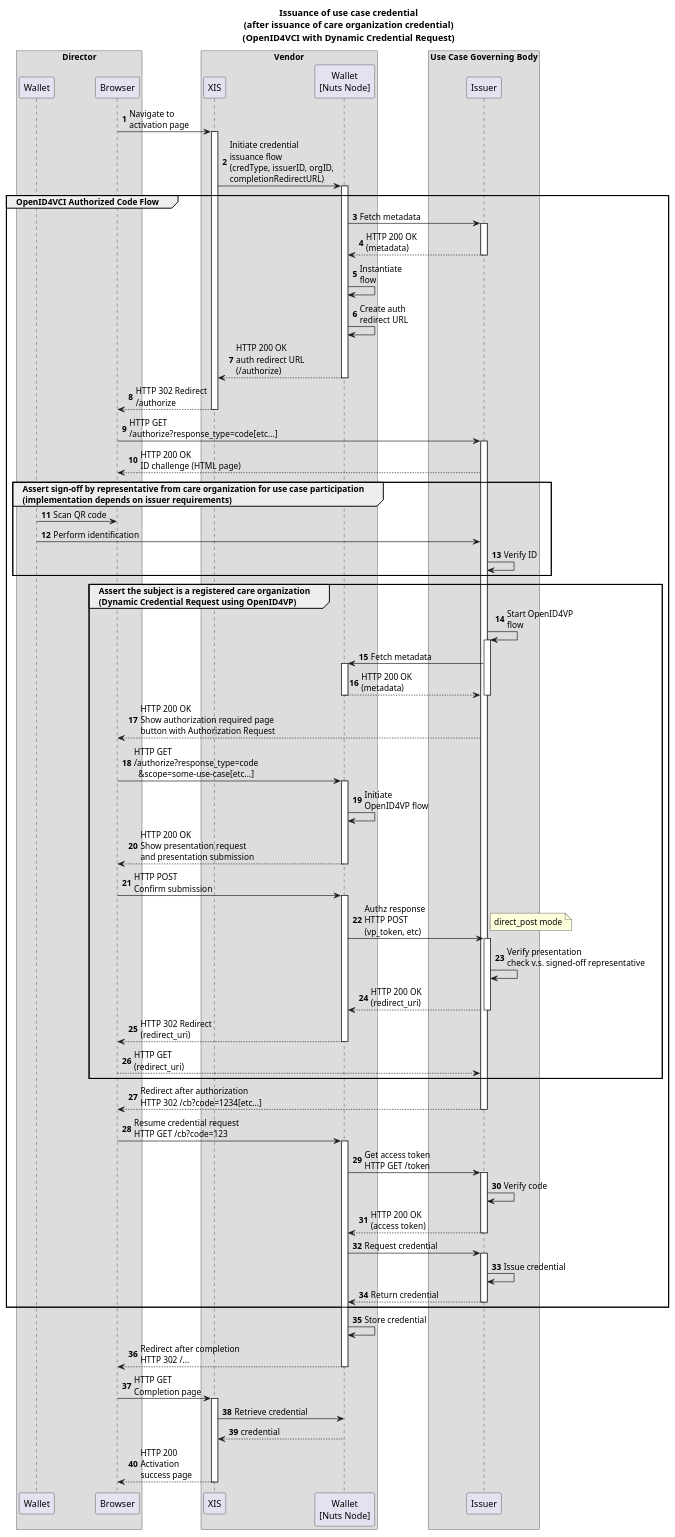
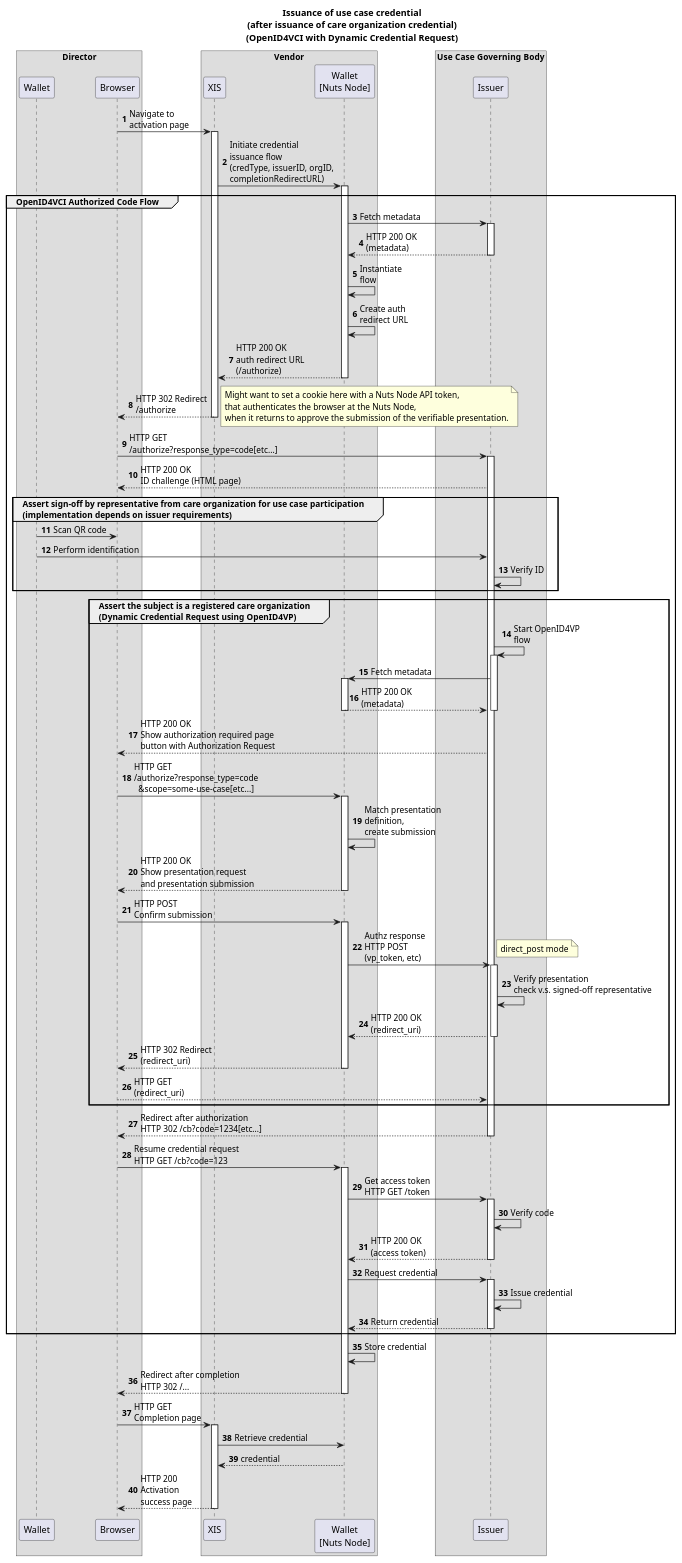
Before and after one commit to nuts-foundation/nuts-node: the diagram in docs/diagrams/openid4vc/stelsel-issuance-sd.puml, drawn with PlantUML. The commit also changed 1 other file, not shown here.

```diff
--- a/docs/diagrams/openid4vc/stelsel-issuance-sd.puml
+++ b/docs/diagrams/openid4vc/stelsel-issuance-sd.puml
@@ -1,95 +1,100 @@
 @startuml
 autonumber
 
 title Issuance of use case credential\n(after issuance of care organization credential)\n(OpenID4VCI with Dynamic Credential Request)
 
 box Director
     participant Wallet
     participant Browser
 end box
 box Vendor
     participant XIS
     participant Node as "Wallet\n[Nuts Node]"
 end box
 box Use Case Governing  Body
     participant Issuer as "Issuer"
 end box
 
 Browser -> XIS : Navigate to\nactivation page
 activate XIS
     XIS -> Node : Initiate credential\nissuance flow\n(credType, issuerID, orgID,\ncompletionRedirectURL)
     activate Node
 group OpenID4VCI Authorized Code Flow
         Node -> Issuer : Fetch metadata
         activate Issuer
             Issuer --> Node : HTTP 200 OK\n(metadata)
         deactivate Issuer
         Node -> Node : Instantiate\nflow
         Node -> Node : Create auth\nredirect URL
         Node --> XIS : HTTP 200 OK\nauth redirect URL\n(/authorize)
     deactivate Node
     XIS --> Browser : HTTP 302 Redirect\n/authorize
+    note right
+        Might want to set a cookie here with a Nuts Node API token,
+        that authenticates the browser at the Nuts Node,
+        when it returns to approve the submission of the verifiable presentation.
+    end note
 deactivate XIS
 
 Browser -> Issuer : HTTP GET\n/authorize?response_type=code[etc...]
 activate Issuer
     Issuer --> Browser : HTTP 200 OK\nID challenge (HTML page)
     group Assert sign-off by representative from care organization for use case participation\n(implementation depends on issuer requirements)
         Wallet -> Browser : Scan QR code
         Wallet -> Issuer : Perform identification
         Issuer -> Issuer : Verify ID
     end
 
     group Assert the subject is a registered care organization\n(Dynamic Credential Request using OpenID4VP)
         Issuer -> Issuer : Start OpenID4VP\nflow
         activate Issuer
             Issuer -> Node : Fetch metadata
             activate Node
                 Node --> Issuer : HTTP 200 OK\n(metadata)
             deactivate Node
         deactivate Issuer
         Issuer --> Browser : HTTP 200 OK\nShow authorization required page\nbutton with Authorization Request
         Browser -> Node : HTTP GET\n/authorize?response_type=code\n  &scope=some-use-case[etc...]
         activate Node
-            Node -> Node : Initiate\nOpenID4VP flow
+            Node -> Node : Match presentation\ndefinition,\ncreate submission
             Node --> Browser : HTTP 200 OK\nShow presentation request\nand presentation submission
         deactivate Node
         Browser -> Node : HTTP POST\nConfirm submission
         activate Node
             Node -> Issuer : Authz response\nHTTP POST\n(vp_token, etc)
             note right : direct_post mode
             activate Issuer
                 Issuer -> Issuer : Verify presentation\ncheck v.s. signed-off representative
                 Issuer --> Node : HTTP 200 OK\n(redirect_uri)
             deactivate Issuer
             Node --> Browser : HTTP 302 Redirect\n(redirect_uri)
         deactivate Node
         Browser --> Issuer : HTTP GET\n(redirect_uri)
     end
     Issuer --> Browser : Redirect after authorization\nHTTP 302 /cb?code=1234[etc...]
 deactivate Issuer
 
 Browser -> Node : Resume credential request\nHTTP GET /cb?code=123
 activate Node
     Node -> Issuer : Get access token\nHTTP GET /token
     activate Issuer
         Issuer -> Issuer : Verify code
         Issuer --> Node : HTTP 200 OK\n(access token)
     deactivate Issuer
     Node -> Issuer : Request credential
     activate Issuer
         Issuer -> Issuer : Issue credential
         Issuer --> Node : Return credential
     deactivate Issuer
 end
     Node -> Node : Store credential
     Node --> Browser : Redirect after completion\nHTTP 302 /...
 deactivate Node
 
 Browser -> XIS : HTTP GET\nCompletion page
 activate XIS
     XIS -> Node : Retrieve credential
     Node --> XIS : credential
     XIS --> Browser : HTTP 200\nActivation\nsuccess page
 deactivate XIS
 @enduml
```
